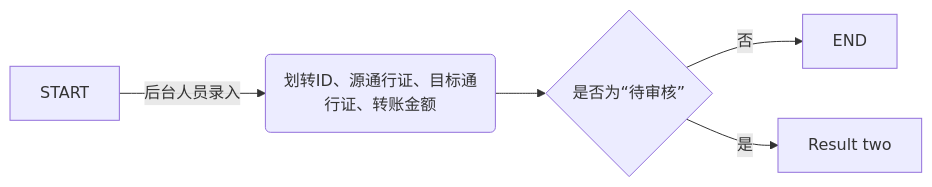
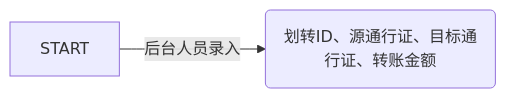
The diagram in README.md (ma-luyang/shimobang), drawn with Mermaid before and after one commit.

````diff
--- a/README.md
+++ b/README.md
@@ -3,7 +3,4 @@
 ```mermaid
 flowchart LR
     A[START] -->|后台人员录入| B(划转ID、源通行证、目标通行证、转账金额);
-    B --> C{是否为“待审核”};
-    C -->|否| D[END];
-    C -->|是| E[Result two];
 ```
````
